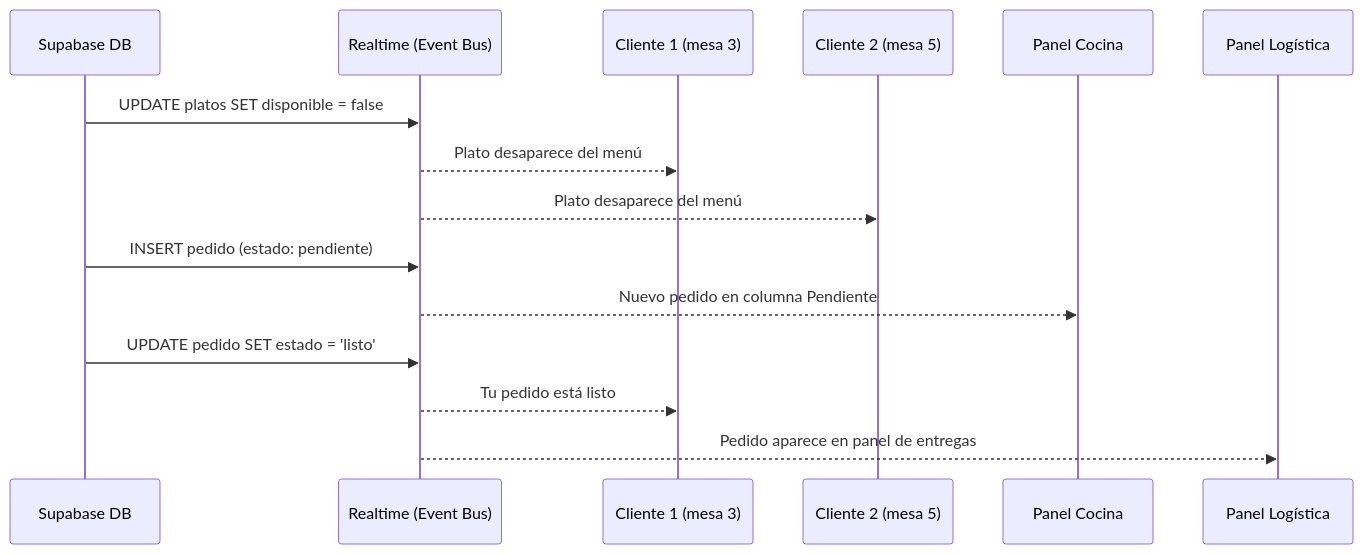
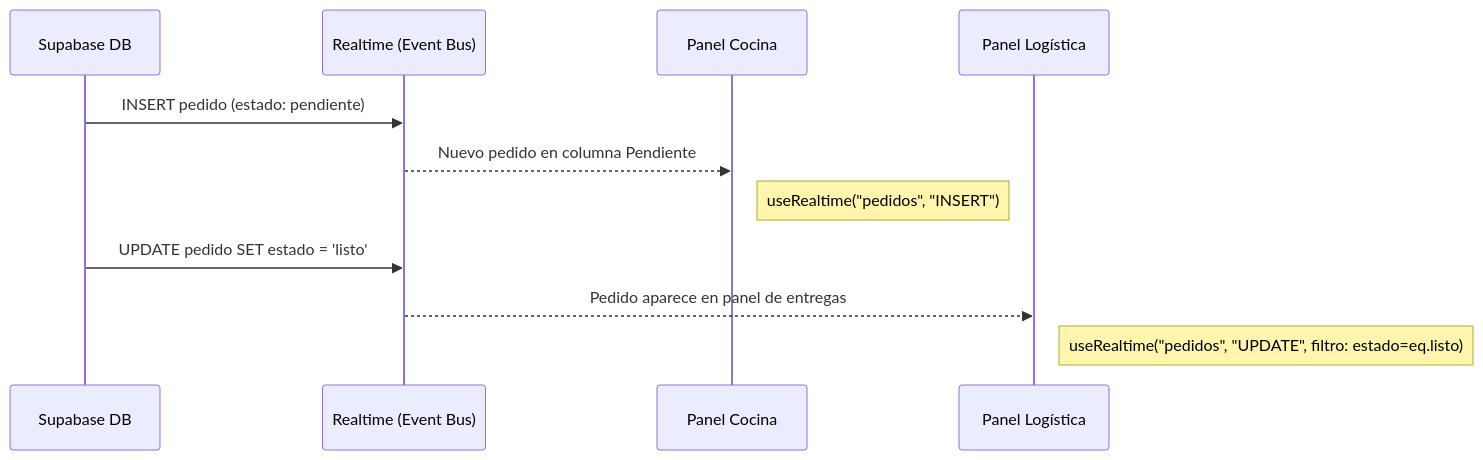
Before and after one commit to SLarkZ01/E-commerce-de-Restaurante: the diagram in docs/04-patrones/observer.md, drawn with Mermaid. The commit also changed other lines of this file and 59 other files, not shown here.

First line of the commit message:
feat: Implementar hooks para gestión de categorías, platos, pagos y pedidos

````diff
--- a/docs/04-patrones/observer.md
+++ b/docs/04-patrones/observer.md
@@ -22,20 +31,15 @@
 ```mermaid
 sequenceDiagram
     participant DB as Supabase DB
     participant RT as Realtime (Event Bus)
-    participant C1 as Cliente 1 (mesa 3)
-    participant C2 as Cliente 2 (mesa 5)
     participant CK as Panel Cocina
     participant LG as Panel Logística
 
-    DB->>RT: UPDATE platos SET disponible = false
-    RT-->>C1: Plato desaparece del menú
-    RT-->>C2: Plato desaparece del menú
-
     DB->>RT: INSERT pedido (estado: pendiente)
     RT-->>CK: Nuevo pedido en columna Pendiente
+    Note right of CK: useRealtime("pedidos", "INSERT")
 
     DB->>RT: UPDATE pedido SET estado = 'listo'
-    RT-->>C1: Tu pedido está listo
     RT-->>LG: Pedido aparece en panel de entregas
+    Note right of LG: useRealtime("pedidos", "UPDATE", filtro: estado=eq.listo)
 ```
````
